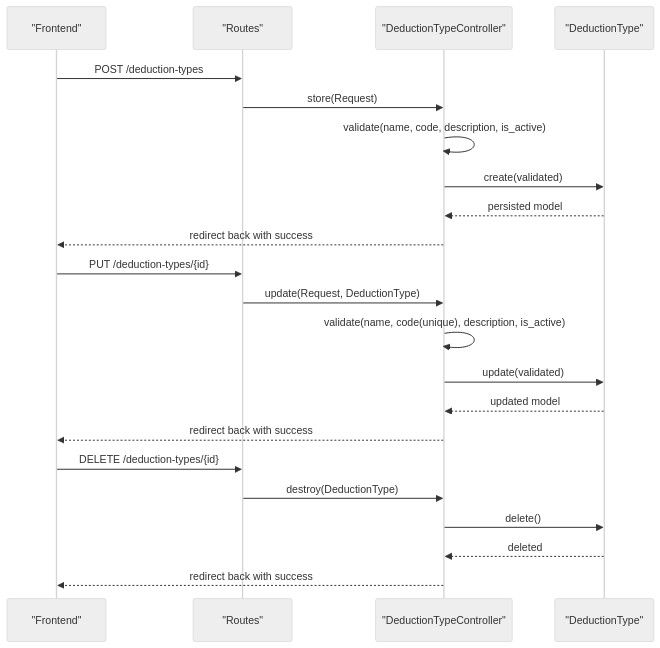
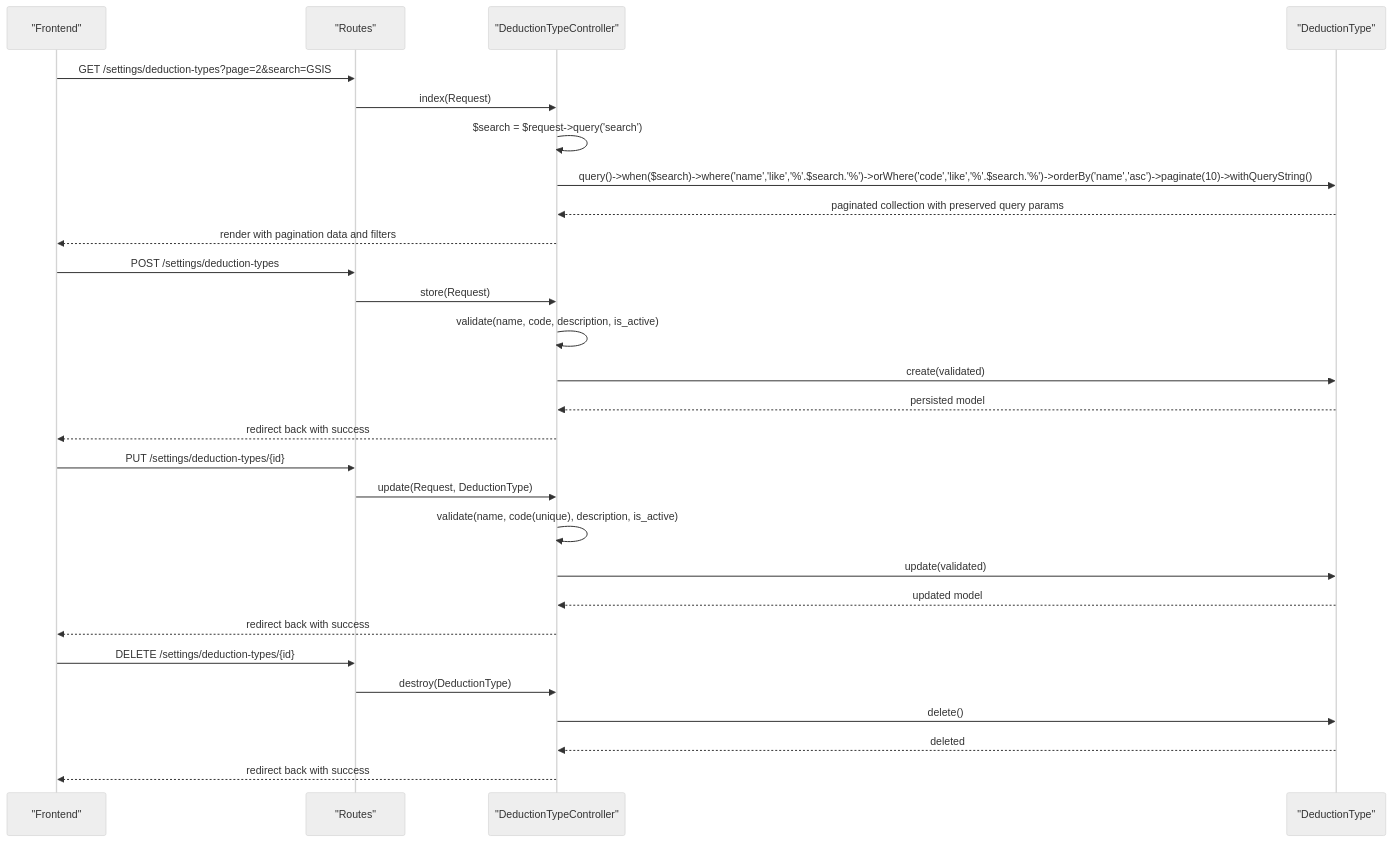
One commit to vincet0t15/template changed the fourth of 7 diagrams in .qoder/repowiki/en/content/Deduction Management/Deduction Types Configuration.md. Above: the diagram before and after it, drawn with Mermaid (neutral theme). The commit also changed other lines of this file and 11 other files, not shown here.

````diff
--- a/.qoder/repowiki/en/content/Deduction Management/Deduction Types Configuration.md
+++ b/.qoder/repowiki/en/content/Deduction Management/Deduction Types Configuration.md
@@ -200,24 +220,30 @@
 ```mermaid
 sequenceDiagram
 participant FE as "Frontend"
 participant RT as "Routes"
 participant CTRL as "DeductionTypeController"
 participant MODEL as "DeductionType"
-FE->>RT : POST /deduction-types
+FE->>RT : GET /settings/deduction-types?page=2&search=GSIS
+RT->>CTRL : index(Request)
+CTRL->>CTRL : $search = $request->query('search')
+CTRL->>MODEL : query()->when($search)->where('name','like','%'.$search.'%')->orWhere('code','like','%'.$search.'%')->orderBy('name','asc')->paginate(10)->withQueryString()
+MODEL-->>CTRL : paginated collection with preserved query params
+CTRL-->>FE : render with pagination data and filters
+FE->>RT : POST /settings/deduction-types
 RT->>CTRL : store(Request)
 CTRL->>CTRL : validate(name, code, description, is_active)
 CTRL->>MODEL : create(validated)
 MODEL-->>CTRL : persisted model
 CTRL-->>FE : redirect back with success
-FE->>RT : PUT /deduction-types/{id}
+FE->>RT : PUT /settings/deduction-types/{id}
 RT->>CTRL : update(Request, DeductionType)
 CTRL->>CTRL : validate(name, code(unique), description, is_active)
 CTRL->>MODEL : update(validated)
 MODEL-->>CTRL : updated model
 CTRL-->>FE : redirect back with success
-FE->>RT : DELETE /deduction-types/{id}
+FE->>RT : DELETE /settings/deduction-types/{id}
 RT->>CTRL : destroy(DeductionType)
 CTRL->>MODEL : delete()
 MODEL-->>CTRL : deleted
 CTRL-->>FE : redirect back with success
 ```
````
